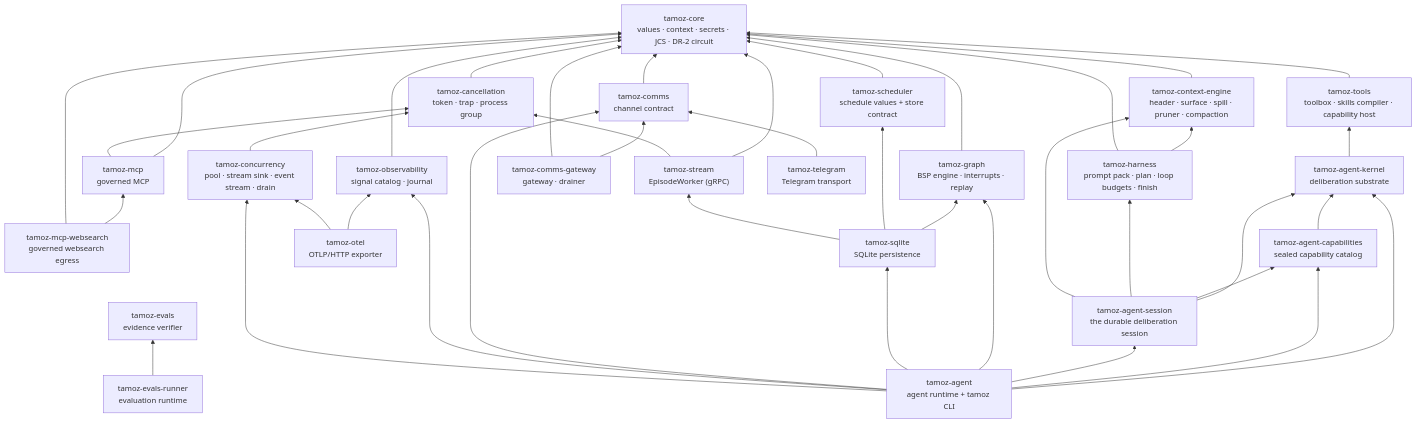
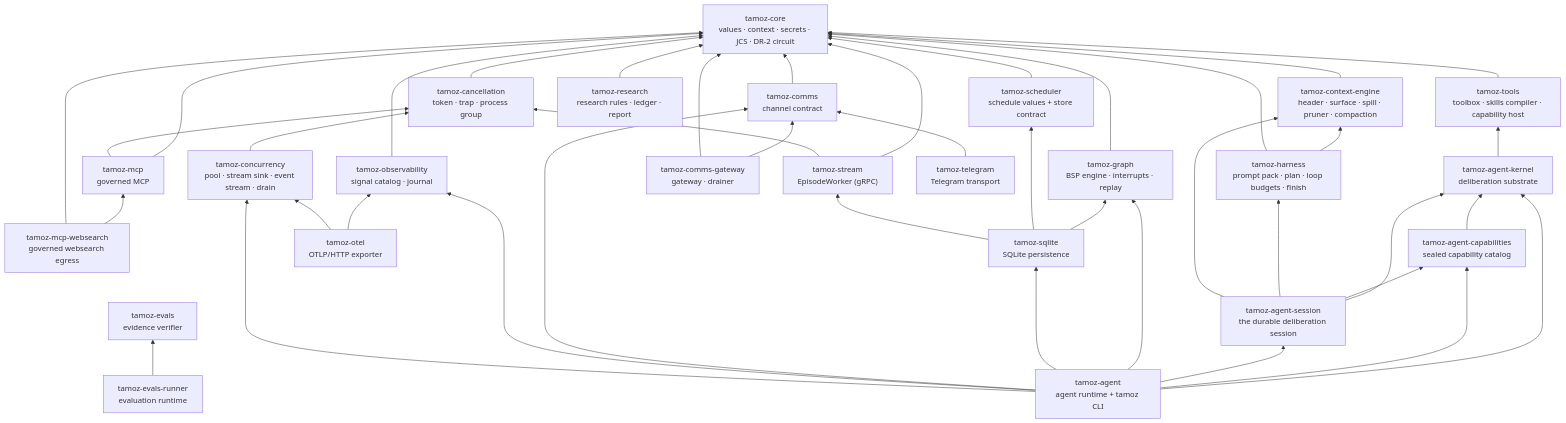
One commit to ghassan-ai-projects/tamoz changed the diagram in documentation/architecture/gems.md. Above: the diagram before and after it, drawn with Mermaid. The commit also changed other lines of this file and 33 other files, not shown here.

First line of the commit message:
feat(research): the tamoz-research gem

````diff
--- a/documentation/architecture/gems.md
+++ b/documentation/architecture/gems.md
@@ -10,74 +10,76 @@
 ```mermaid
 flowchart BT
     CORE["tamoz-core<br/>values · context · secrets · JCS · DR-2 circuit"]
 
     CAN["tamoz-cancellation<br/>token · trap · process group"]
     CON["tamoz-concurrency<br/>pool · stream sink · event stream · drain"]
     G["tamoz-graph<br/>BSP engine · interrupts · replay"]
     SCH["tamoz-scheduler<br/>schedule values + store contract"]
     STR["tamoz-stream<br/>EpisodeWorker (gRPC)"]
     T["tamoz-tools<br/>toolbox · skills compiler · capability host"]
     CE["tamoz-context-engine<br/>header · surface · spill · pruner · compaction"]
     H["tamoz-harness<br/>prompt pack · plan · loop budgets · finish"]
+    RS["tamoz-research<br/>research rules · ledger · report"]
     M["tamoz-mcp<br/>governed MCP"]
     MW["tamoz-mcp-websearch<br/>governed websearch egress"]
     C["tamoz-comms<br/>channel contract"]
     CG["tamoz-comms-gateway<br/>gateway · drainer"]
     O["tamoz-observability<br/>signal catalog · journal"]
 
     SQL["tamoz-sqlite<br/>SQLite persistence"]
     OTEL["tamoz-otel<br/>OTLP/HTTP exporter"]
     TG["tamoz-telegram<br/>Telegram transport"]
 
     AK["tamoz-agent-kernel<br/>deliberation substrate"]
     ACAP["tamoz-agent-capabilities<br/>sealed capability catalog"]
     ASESS["tamoz-agent-session<br/>the durable deliberation session"]
     AGENT["tamoz-agent<br/>agent runtime + tamoz CLI"]
 
     EVALS["tamoz-evals<br/>evidence verifier"]
     RUNNER["tamoz-evals-runner<br/>evaluation runtime"]
 
     G --> CORE
     SCH --> CORE
     STR --> CORE
     STR --> CAN
     T --> CORE
     CE --> CORE
     H --> CE
     H --> CORE
+    RS --> CORE
     M --> CORE
     M --> CAN
     MW --> M
     MW --> CORE
     C --> CORE
     CG --> C
     CG --> CORE
     O --> CORE
 
     CAN --> CORE
     CON --> CAN
 
     SQL --> G
     SQL --> SCH
     SQL --> STR
     OTEL --> O
     OTEL --> CON
     TG --> C
 
     AK --> T
     ACAP --> AK
     ASESS --> AK
     ASESS --> ACAP
     ASESS --> H
     ASESS --> CE
     AGENT --> AK
     AGENT --> ACAP
     AGENT --> ASESS
     AGENT --> G
     AGENT --> SQL
     AGENT --> C
     AGENT --> O
     AGENT --> CON
 
     RUNNER --> EVALS
 ```
````
